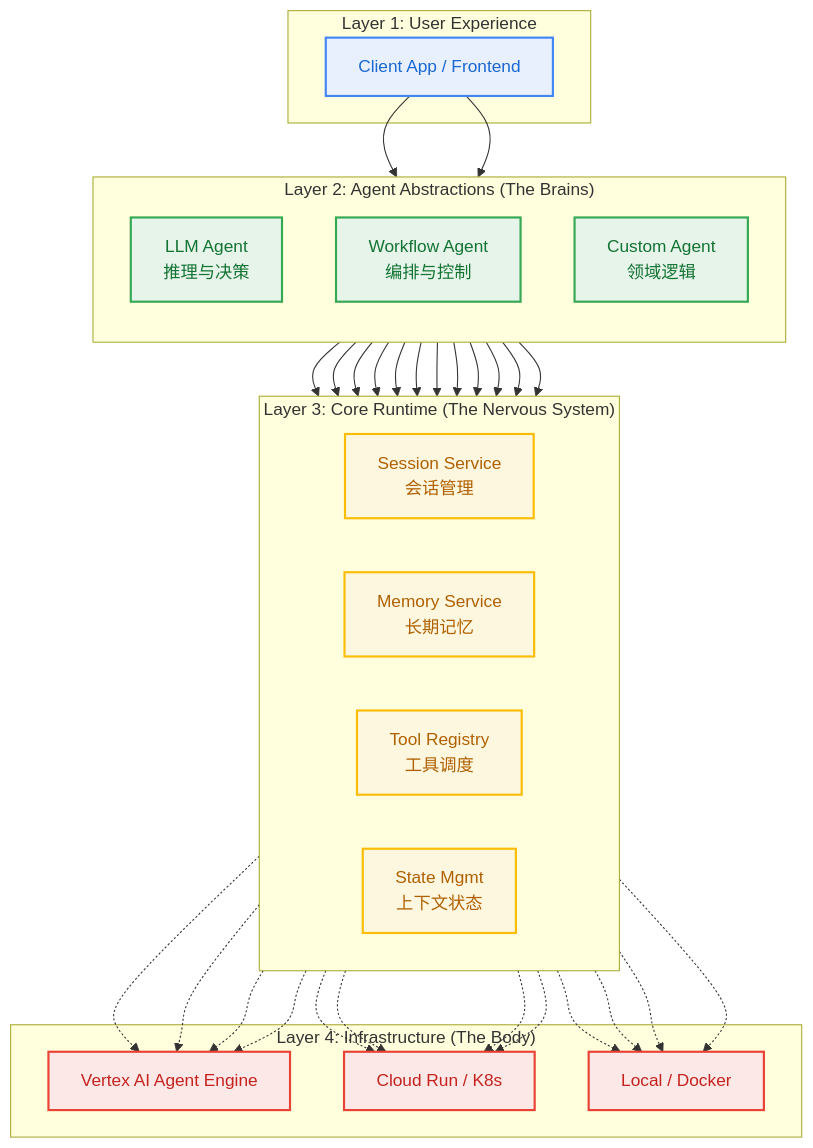
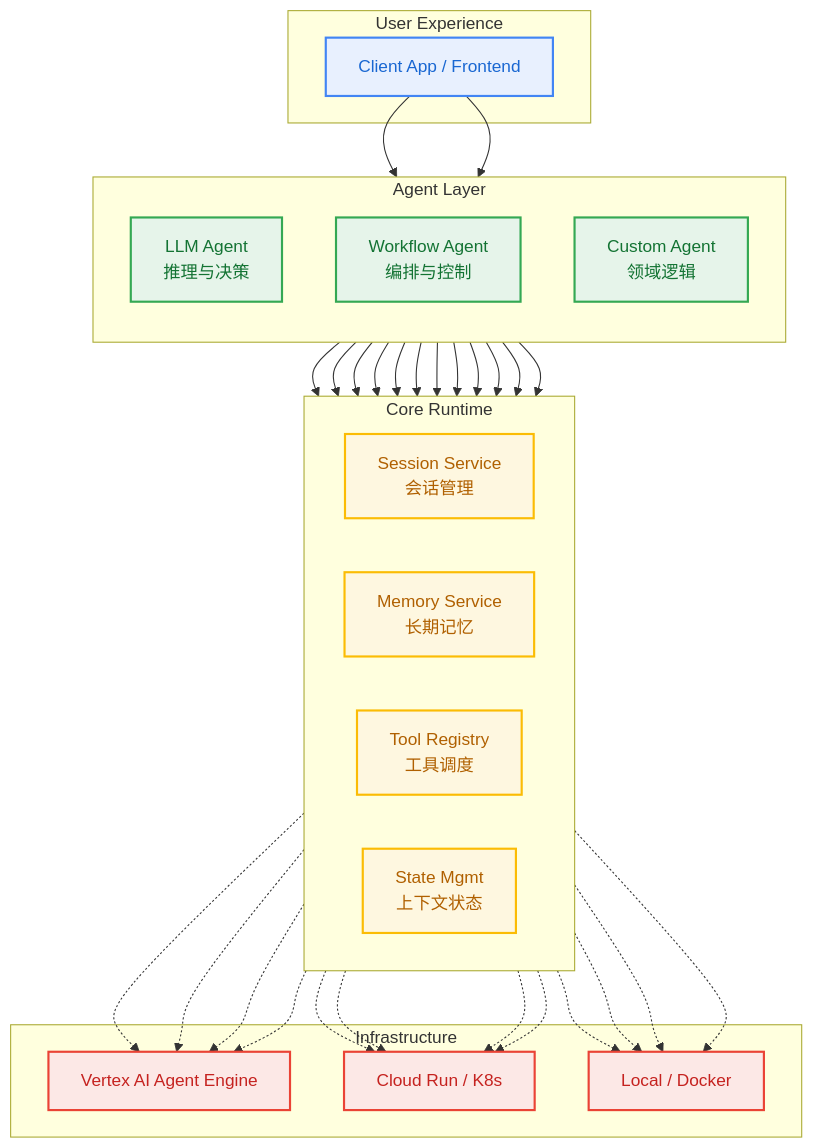
Before and after one commit to ThreeFish-AI/agentic-ai-cognizes: the third of 14 diagrams in docs/research/020-agent-frameworks.md, drawn with Mermaid. The commit also changed other lines of this file, not shown here.

First line of the commit message:
docs(Agent Frameworks): 深度重构 Agent Layer 章节的认知表达

````diff
--- a/docs/research/020-agent-frameworks.md
+++ b/docs/research/020-agent-frameworks.md
@@ -96,41 +96,41 @@
 ```mermaid
 graph TB
-    subgraph "Layer 1: User Experience"
+    subgraph "User Experience"
         A[Client App / Frontend]
     end
 
-    subgraph "Layer 2: Agent Abstractions (The Brains)"
+    subgraph "Agent Layer"
         direction TB
         B1[LLM Agent<br/>推理与决策]
         B2[Workflow Agent<br/>编排与控制]
         B3[Custom Agent<br/>领域逻辑]
     end
 
-    subgraph "Layer 3: Core Runtime (The Nervous System)"
+    subgraph "Core Runtime"
         direction LR
         C1[Session Service<br/>会话管理]
         C2[Memory Service<br/>长期记忆]
         C3[Tool Registry<br/>工具调度]
         C4[State Mgmt<br/>上下文状态]
     end
 
-    subgraph "Layer 4: Infrastructure (The Body)"
+    subgraph "Infrastructure"
         D1[Vertex AI Agent Engine]
         D2[Cloud Run / K8s]
         D3[Local / Docker]
     end
 
     A --> B1 & B2
     B1 & B2 & B3 --> C1 & C2 & C3 & C4
     C1 & C2 & C3 & C4 -.-> D1 & D2 & D3
 
     classDef blue fill:#e8f0fe,stroke:#4285f4,color:#1967d2,stroke-width:2px;
     classDef green fill:#e6f4ea,stroke:#34a853,color:#137333,stroke-width:2px;
     classDef yellow fill:#fef7e0,stroke:#fbbc04,color:#b06000,stroke-width:2px;
     classDef red fill:#fce8e6,stroke:#ea4335,color:#c5221f,stroke-width:2px;
 
     class A blue
     class B1,B2,B3 green
     class C1,C2,C3,C4 yellow
     class D1,D2,D3 red
 ```
````
